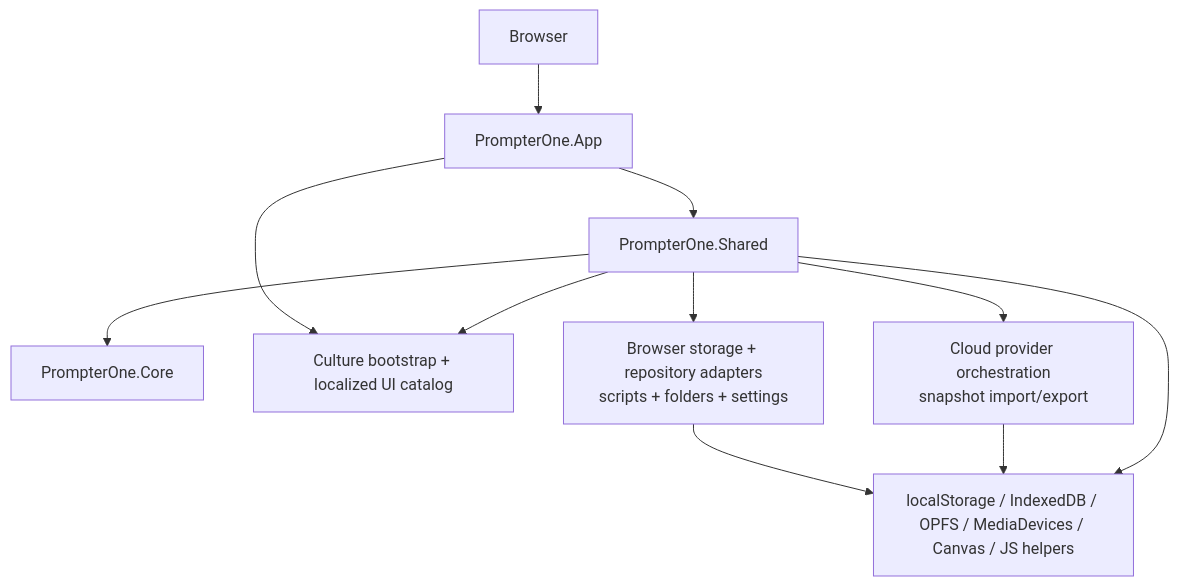
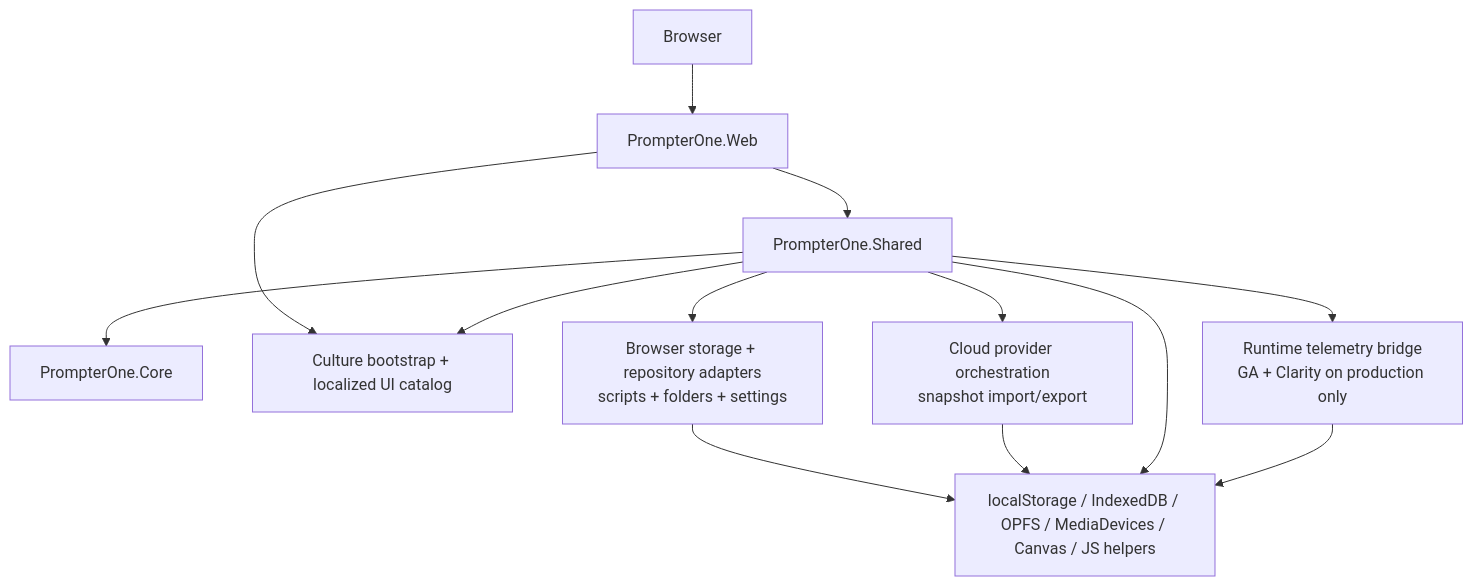
One commit to managedcode/PrompterOne changed the second of 14 diagrams in docs/Architecture.md. Above: the diagram before and after it, drawn with Mermaid. The commit also changed other lines of this file and 20 other files, not shown here.

Commit message:
Add production-only runtime analytics

````diff
--- a/docs/Architecture.md
+++ b/docs/Architecture.md
@@ -120,22 +120,24 @@
 ```mermaid
 flowchart TD
     Browser["Browser"]
-    WasmHost["PrompterOne.App"]
+    WasmHost["PrompterOne.Web"]
     Ui["PrompterOne.Shared"]
     Domain["PrompterOne.Core"]
     Localization["Culture bootstrap + localized UI catalog"]
     BrowserStorage["Browser storage + repository adapters<br/>scripts + folders + settings"]
     CloudStorage["Cloud provider orchestration<br/>snapshot import/export"]
     WebApis["localStorage / IndexedDB / OPFS / MediaDevices / Canvas / JS helpers"]
 
     Browser --> WasmHost
     WasmHost --> Ui
     Ui --> Domain
     WasmHost --> Localization
     Ui --> Localization
     Ui --> BrowserStorage
     Ui --> CloudStorage
+    Ui --> Analytics["Runtime telemetry bridge<br/>GA + Clarity on production only"]
     BrowserStorage --> WebApis
     CloudStorage --> WebApis
     Ui --> WebApis
+    Analytics --> WebApis
 ```
````
